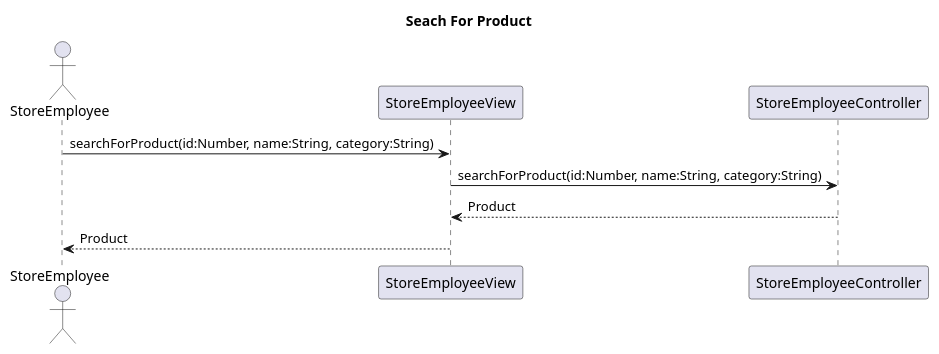
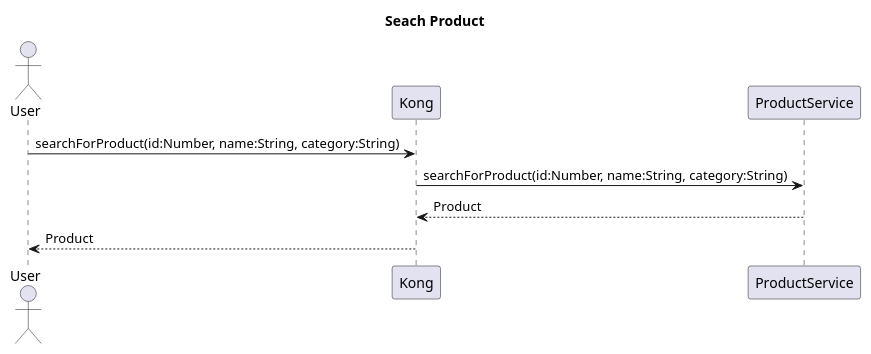
The diagram in docs/UML/process/product/search-product.puml (ThePhobosDeimosSuite/laboratoire-0_log430), drawn with PlantUML before and after one commit. The commit also changed 21 other files, not shown here.

```diff
--- a/docs/UML/process/product/search-product.puml
+++ b/docs/UML/process/product/search-product.puml
@@ -1,10 +1,10 @@
-@startuml search-for-product
-title Seach For Product
-actor StoreEmployee
+@startuml search-product
+title Seach Product
+actor User
 
-StoreEmployee -> StoreEmployeeView : searchForProduct(id:Number, name:String, category:String)
-StoreEmployeeView -> StoreEmployeeController : searchForProduct(id:Number, name:String, category:String)
-StoreEmployeeController --> StoreEmployeeView : Product
-StoreEmployeeView --> StoreEmployee : Product
+User -> Kong : searchForProduct(id:Number, name:String, category:String)
+Kong -> ProductService : searchForProduct(id:Number, name:String, category:String)
+ProductService --> Kong : Product
+Kong --> User : Product
 
 @enduml
```
